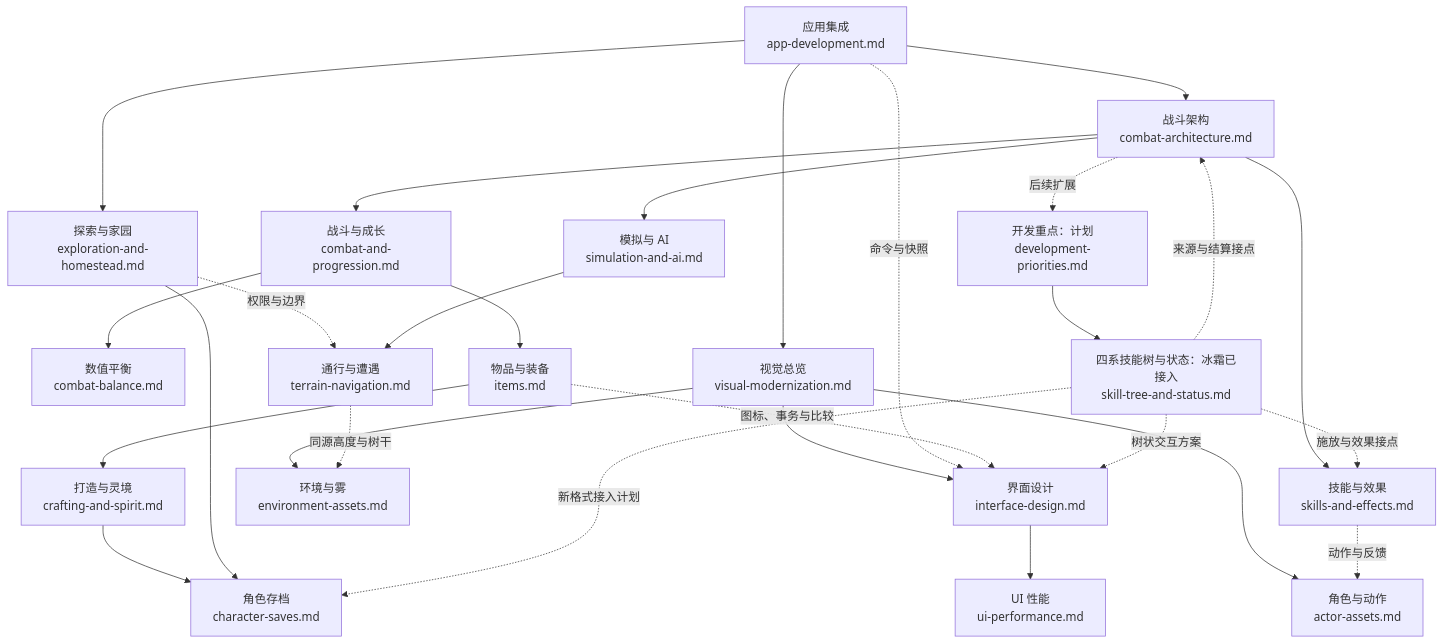
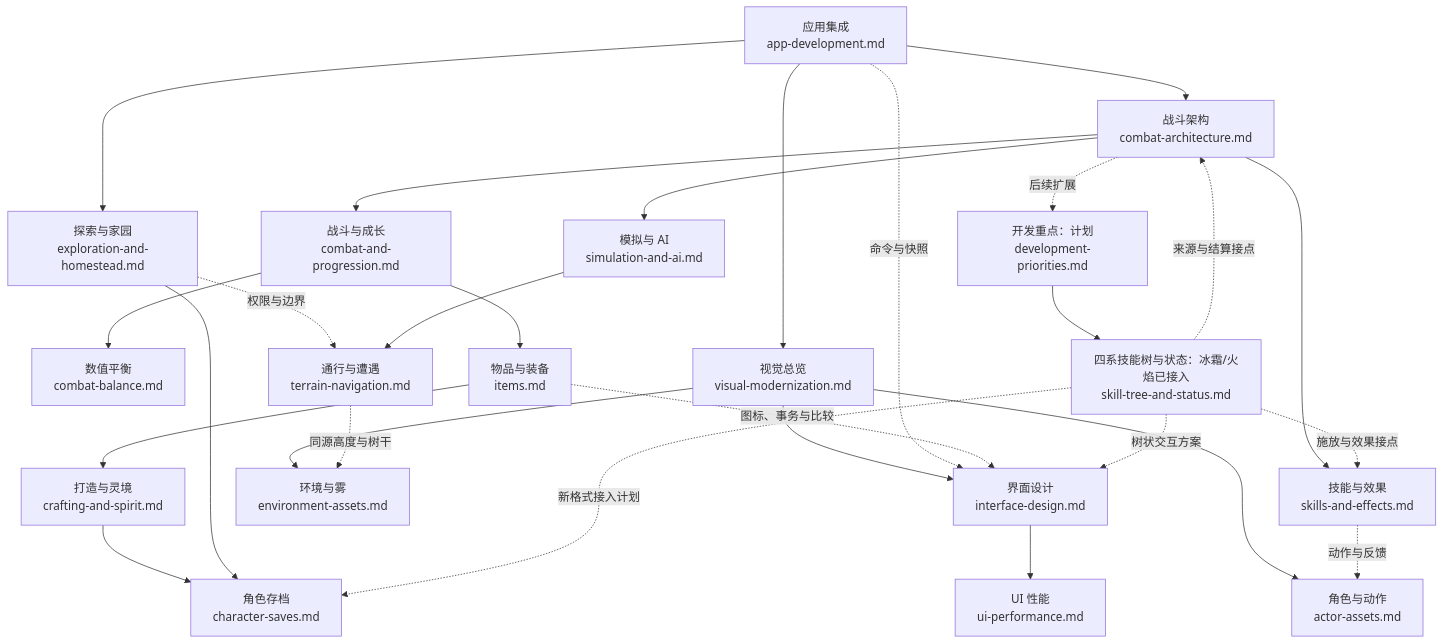
The second of 3 diagrams in docs/README.md (lanyik/lanyik), drawn with Mermaid before and after one commit. The commit also changed other lines of this file and 42 other files, not shown here.

Commit message:
feat(survivor): add fire skill tree and layered burning effects

````diff
--- a/docs/README.md
+++ b/docs/README.md
@@ -116,30 +116,30 @@
 ```mermaid
 flowchart TB
     app["应用集成<br/>app-development.md"] --> combat["战斗架构<br/>combat-architecture.md"]
     combat --> ai["模拟与 AI<br/>simulation-and-ai.md"]
     combat --> loop["战斗与成长<br/>combat-and-progression.md"]
     combat --> skill["技能与效果<br/>skills-and-effects.md"]
     loop --> balance["数值平衡<br/>combat-balance.md"]
     loop --> item["物品与装备<br/>items.md"]
     item --> craft["打造与灵境<br/>crafting-and-spirit.md"]
     craft --> save["角色存档<br/>character-saves.md"]
     app --> explore["探索与家园<br/>exploration-and-homestead.md"]
     explore --> save
     explore -. 权限与边界 .-> terrain
     ai --> terrain["通行与遭遇<br/>terrain-navigation.md"]
     app --> visual["视觉总览<br/>visual-modernization.md"]
     visual --> actor["角色与动作<br/>actor-assets.md"]
     visual --> env["环境与雾<br/>environment-assets.md"]
     visual --> ui["界面设计<br/>interface-design.md"]
     app -. 命令与快照 .-> ui
     item -. 图标、事务与比较 .-> ui
     ui --> perf["UI 性能<br/>ui-performance.md"]
     combat -. 后续扩展 .-> plan["开发重点：计划<br/>development-priorities.md"]
-    plan --> tree["四系技能树与状态：冰霜已接入<br/>skill-tree-and-status.md"]
+    plan --> tree["四系技能树与状态：冰霜/火焰已接入<br/>skill-tree-and-status.md"]
     tree -. 施放与效果接点 .-> skill
     tree -. 来源与结算接点 .-> combat
     tree -. 树状交互方案 .-> ui
     tree -. 新格式接入计划 .-> save
     skill -. 动作与反馈 .-> actor
     terrain -. 同源高度与树干 .-> env
 ```
````
